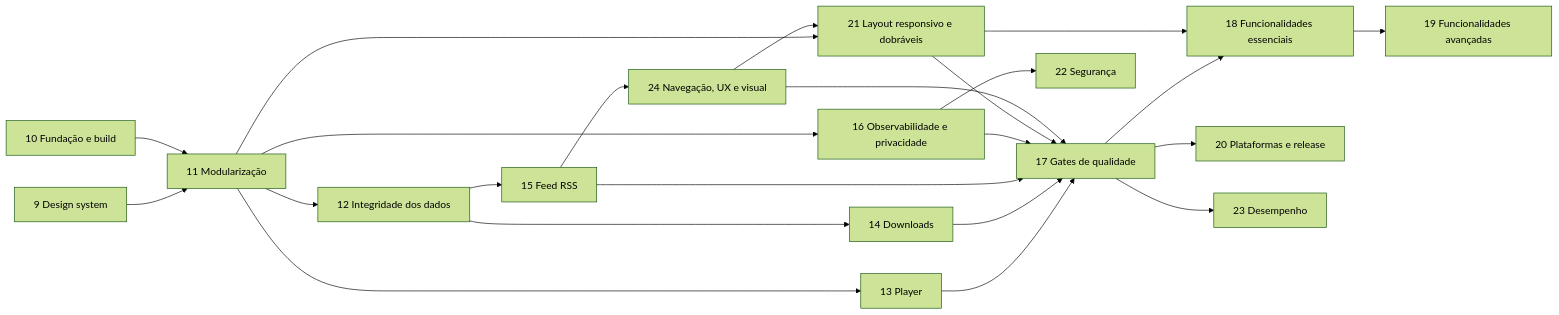
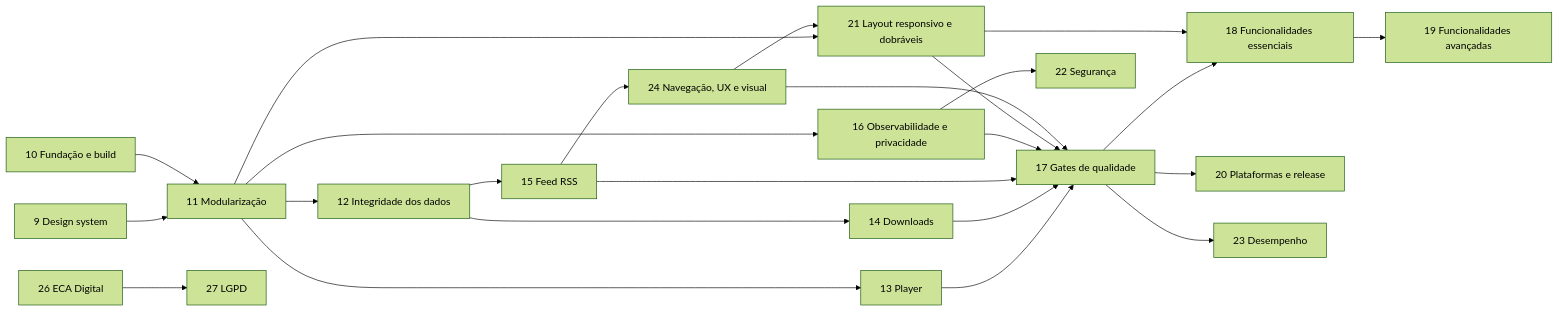
The diagram in docs/ROADMAP_MELHORIAS.md (rcleandro/Multiplatform-Podcast), drawn with Mermaid (forest theme) before and after one commit. The commit also changed other lines of this file, not shown here.

Commit message:
docs(roadmap): add phase 27 for LGPD compliance

````diff
--- a/docs/ROADMAP_MELHORIAS.md
+++ b/docs/ROADMAP_MELHORIAS.md
@@ -42,25 +43,26 @@
 ```mermaid
 graph LR
     F9[9 Design system] --> F11[11 Modularização]
     F10[10 Fundação e build] --> F11
     F11 --> F12[12 Integridade dos dados]
     F11 --> F13[13 Player]
     F12 --> F14[14 Downloads]
     F12 --> F15[15 Feed RSS]
     F11 --> F16[16 Observabilidade e privacidade]
     F13 --> F17[17 Gates de qualidade]
     F14 --> F17
     F15 --> F17
     F16 --> F17
     F17 --> F18[18 Funcionalidades essenciais]
     F18 --> F19[19 Funcionalidades avançadas]
     F17 --> F20[20 Plataformas e release]
     F11 --> F21[21 Layout responsivo e dobráveis]
     F16 --> F22[22 Segurança]
     F17 --> F23[23 Desempenho]
     F15 --> F24[24 Navegação, UX e visual]
     F24 --> F21
     F21 --> F17
     F24 --> F17
     F21 --> F18
+    F26[26 ECA Digital] --> F27[27 LGPD]
 ```
````
